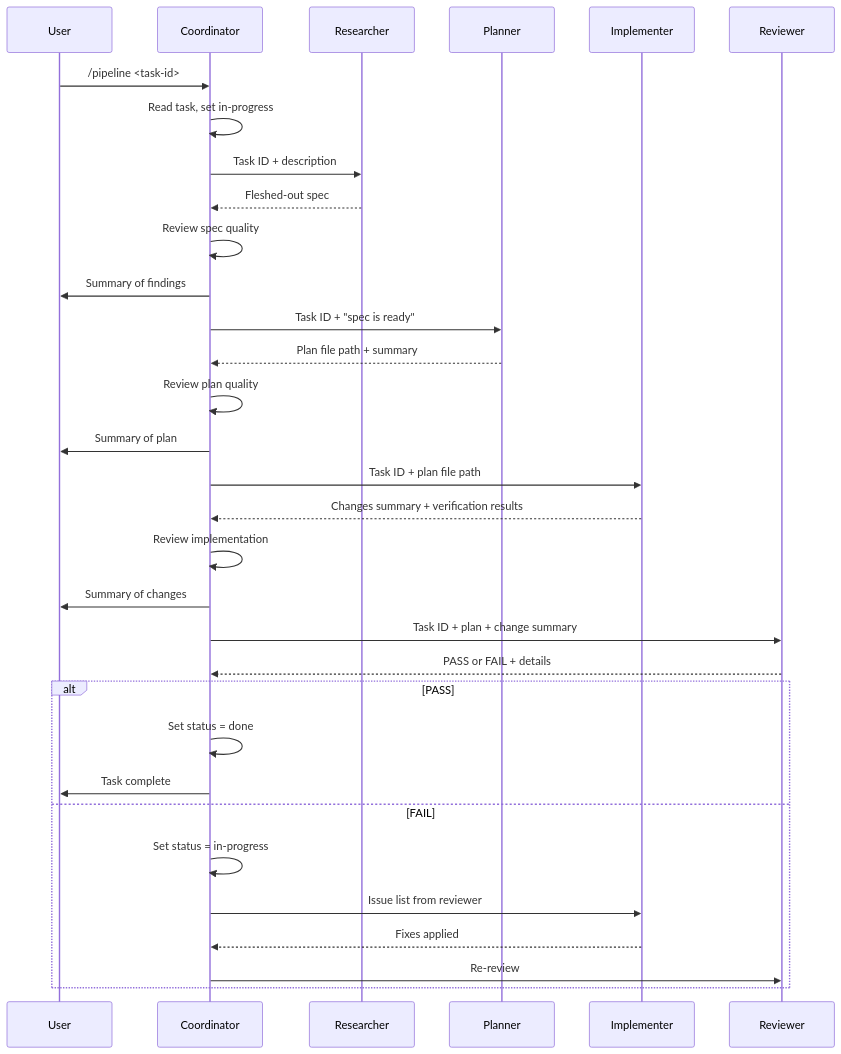
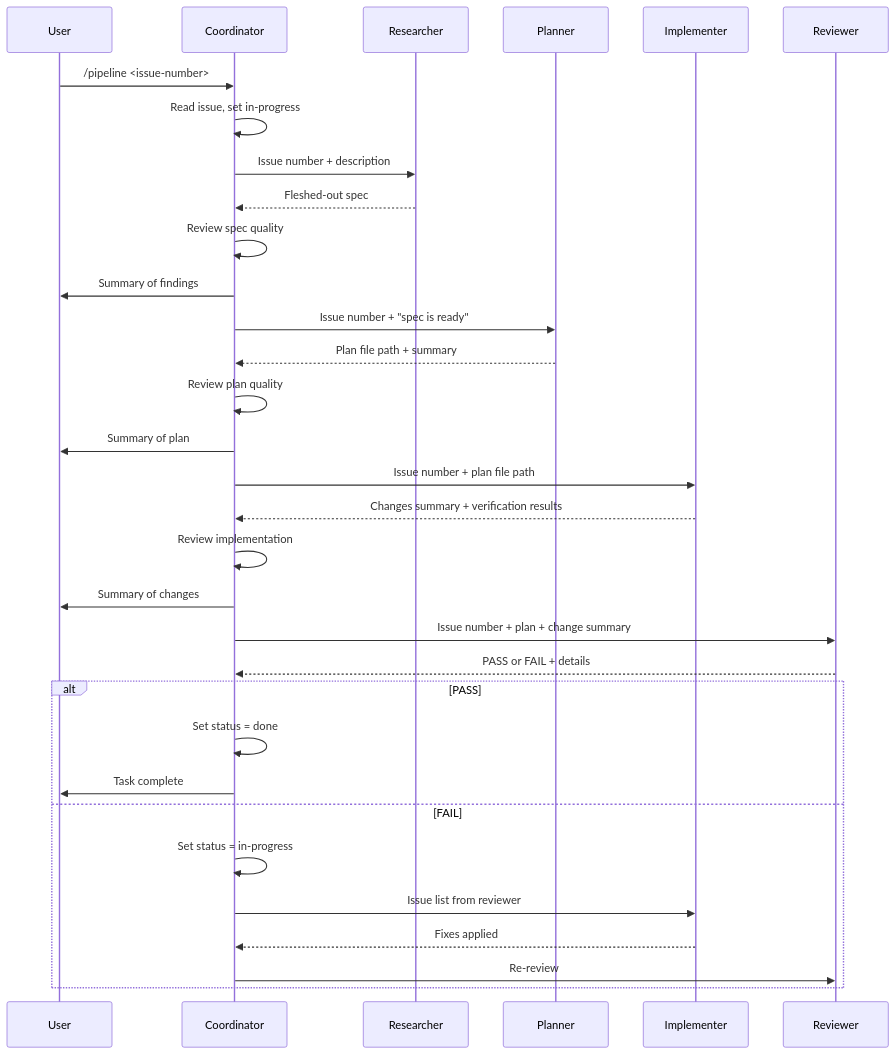
The second of 6 diagrams in .claude/commands/pipeline-deprecated.md (ksizzle88/leafwiki), drawn with Mermaid before and after one commit. The commit also changed other lines of this file and 27 other files, not shown here.

````diff
--- a/.claude/commands/pipeline-deprecated.md
+++ b/.claude/commands/pipeline-deprecated.md
@@ -55,39 +55,39 @@
 ```mermaid
 sequenceDiagram
     participant U as User
     participant C as Coordinator
     participant R as Researcher
     participant P as Planner
     participant I as Implementer
     participant V as Reviewer
 
-    U->>C: /pipeline <task-id>
-    C->>C: Read task, set in-progress
+    U->>C: /pipeline <issue-number>
+    C->>C: Read issue, set in-progress
 
-    C->>R: Task ID + description
+    C->>R: Issue number + description
     R-->>C: Fleshed-out spec
     C->>C: Review spec quality
     C->>U: Summary of findings
 
-    C->>P: Task ID + "spec is ready"
+    C->>P: Issue number + "spec is ready"
     P-->>C: Plan file path + summary
     C->>C: Review plan quality
     C->>U: Summary of plan
 
-    C->>I: Task ID + plan file path
+    C->>I: Issue number + plan file path
     I-->>C: Changes summary + verification results
     C->>C: Review implementation
     C->>U: Summary of changes
 
-    C->>V: Task ID + plan + change summary
+    C->>V: Issue number + plan + change summary
     V-->>C: PASS or FAIL + details
     alt PASS
         C->>C: Set status = done
         C->>U: Task complete
     else FAIL
         C->>C: Set status = in-progress
         C->>I: Issue list from reviewer
         I-->>C: Fixes applied
         C->>V: Re-review
     end
 ```
````
